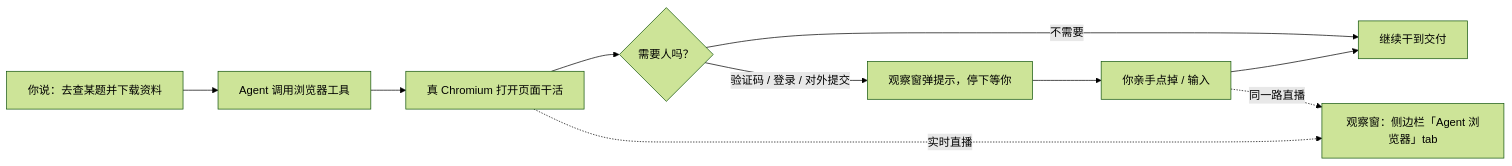
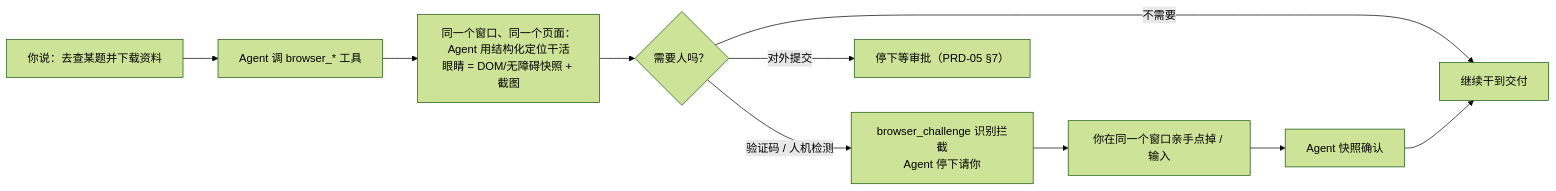
One commit to liu629711-spec/Magic changed the eighth of 8 diagrams in docs/01-产品/PRD-02-代理与CEO工作方式.md. Above: the diagram before and after it, drawn with Mermaid (forest theme). The commit also changed other lines of this file and 1 other file, not shown here.

First line of the commit message:
docs(prd): PRD-02 §18 revised to the shared-real-browser form (dsh-builtin-browser)

````diff
--- a/docs/01-产品/PRD-02-代理与CEO工作方式.md
+++ b/docs/01-产品/PRD-02-代理与CEO工作方式.md
@@ -292,11 +292,10 @@
 ```mermaid
 flowchart LR
-    A[你说：去查某题并下载资料] --> B[Agent 调用浏览器工具]
-    B --> C[真 Chromium 打开页面干活]
+    A[你说：去查某题并下载资料] --> B[Agent 调 browser_* 工具]
+    B --> C[同一个窗口、同一个页面：<br>Agent 用结构化定位干活<br>眼睛 = DOM/无障碍快照 + 截图]
     C --> D{需要人吗？}
     D -- 不需要 --> E[继续干到交付]
-    D -- 验证码 / 登录 / 对外提交 --> F[观察窗弹提示，停下等你]
-    F --> G[你亲手点掉 / 输入] --> E
-    C -. 实时直播 .-> H[观察窗：侧边栏「Agent 浏览器」tab]
-    G -. 同一路直播 .-> H
+    D -- 验证码 / 人机检测 --> F[browser_challenge 识别拦截<br>Agent 停下请你]
+    F --> G[你在同一个窗口亲手点掉 / 输入] --> H[Agent 快照确认] --> E
+    D -- 对外提交 --> I[停下等审批（PRD-05 §7）]
 ```
````
